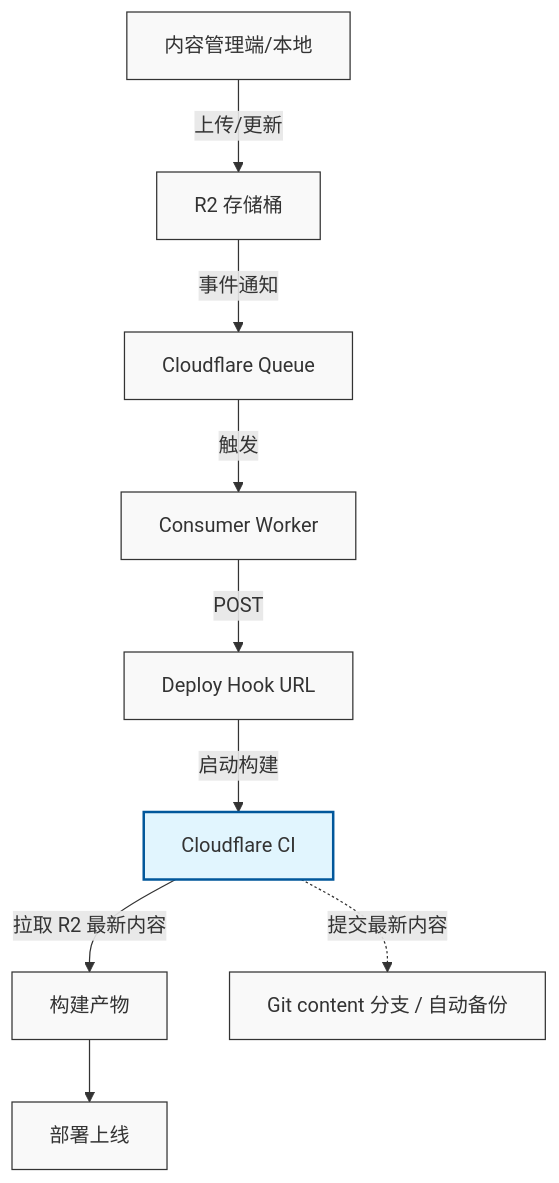
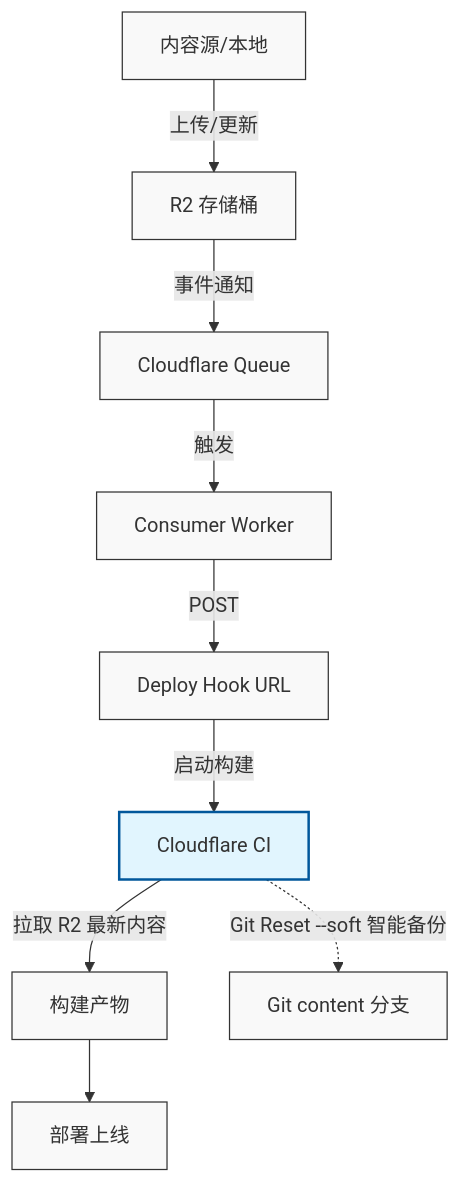
Before and after one commit to sterfuny/Firefly: the diagram in src/content/posts/worker-buildWithR2.md, drawn with Mermaid. The commit also changed other lines of this file, not shown here.

````diff
--- a/src/content/posts/worker-buildWithR2.md
+++ b/src/content/posts/worker-buildWithR2.md
@@ -25,17 +21,17 @@
 ```mermaid
 graph TD
-    A[内容管理端/本地] -->|上传/更新| B[R2 存储桶]
+    A[内容源/本地] -->|上传/更新| B[R2 存储桶]
     B -->|事件通知| C[Cloudflare Queue]
     C -->|触发| D[Consumer Worker]
     D -->|POST| E[Deploy Hook URL]
     E -->|启动构建| F[Cloudflare CI]
     
     F -->|拉取 R2 最新内容| G[构建产物]
     G --> H[部署上线]
     
-    F -.->|提交最新内容| I[Git content 分支 / 自动备份]
+    F -.->|Git Reset --soft 智能备份| I[Git content 分支]
     
     classDef default fill:#f9f9f9,stroke:#333,stroke-width:1px;
     classDef highlight fill:#e1f5fe,stroke:#01579b,stroke-width:2px;
     class F highlight;
 ```
````
